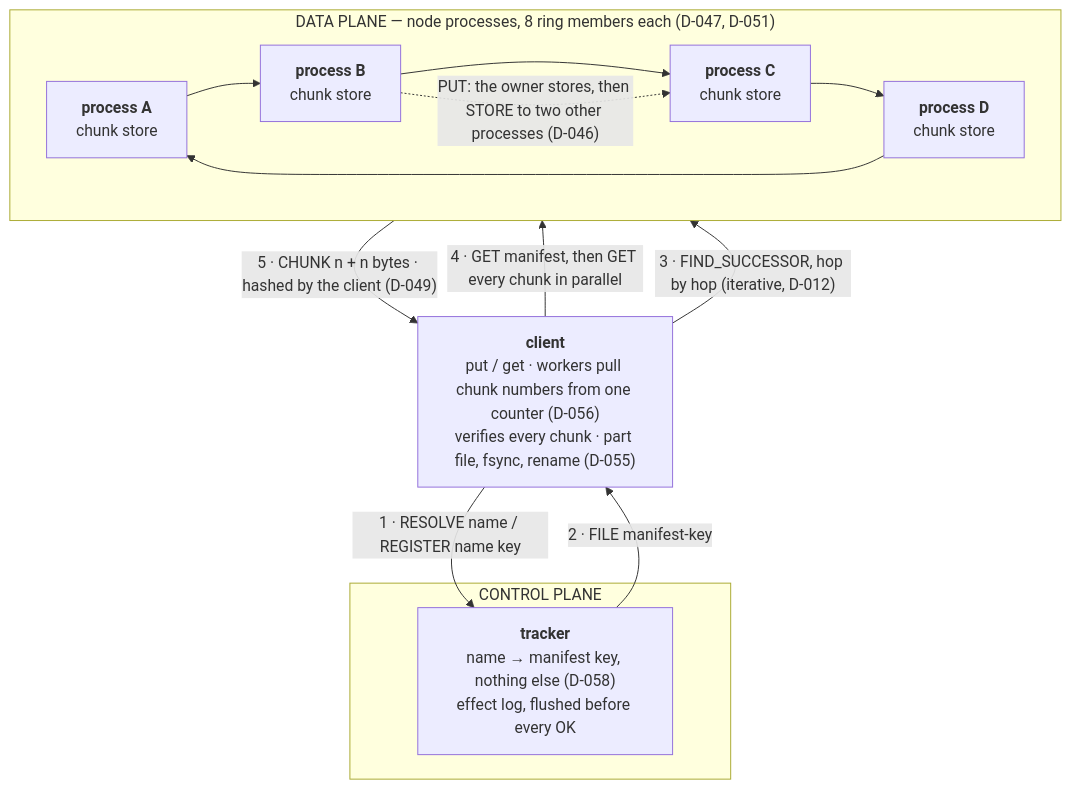
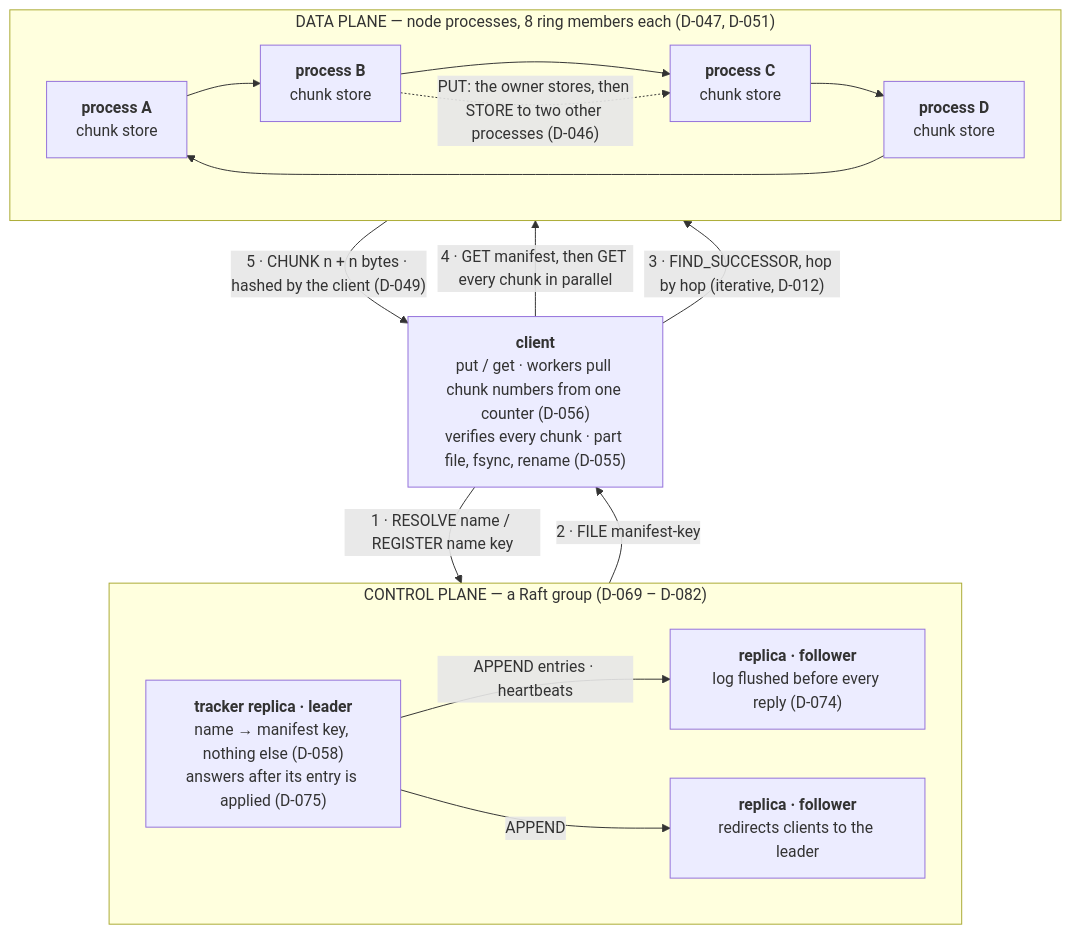
One commit to ChaitanyaShah21/chord-dht-filesystem changed the first of 2 diagrams in ARCHITECTURE.md. Above: the diagram before and after it, drawn with Mermaid. The commit also changed other lines of this file and 7 other files, not shown here.

Commit message:
describe the replicated tracker in the architecture, readme and guides; add its benchmark harness

````diff
--- a/ARCHITECTURE.md
+++ b/ARCHITECTURE.md
@@ -61,20 +63,25 @@
 ```mermaid
 flowchart TB
     C["<b>client</b><br/>put / get · workers pull chunk numbers from one counter (D-056)<br/>verifies every chunk · part file, fsync, rename (D-055)"]
 
-    subgraph control["CONTROL PLANE"]
-        T["<b>tracker</b><br/>name → manifest key, nothing else (D-058)<br/>effect log, flushed before every OK"]
+    subgraph control["CONTROL PLANE — a Raft group (D-069 – D-082)"]
+        direction LR
+        T["<b>tracker replica · leader</b><br/>name → manifest key, nothing else (D-058)<br/>answers after its entry is applied (D-075)"]
+        T2["<b>replica · follower</b><br/>log flushed before every reply (D-074)"]
+        T3["<b>replica · follower</b><br/>redirects clients to the leader"]
+        T -- "APPEND entries · heartbeats" --> T2
+        T -- "APPEND" --> T3
     end
 
     subgraph ring["DATA PLANE — node processes, 8 ring members each (D-047, D-051)"]
         direction LR
         P1["<b>process A</b><br/>chunk store"] --> P2["<b>process B</b><br/>chunk store"] --> P3["<b>process C</b><br/>chunk store"] --> P4["<b>process D</b><br/>chunk store"] --> P1
     end
 
     C -- "1 · RESOLVE name / REGISTER name key" --> T
     T -- "2 · FILE manifest-key" --> C
     C -- "3 · FIND_SUCCESSOR, hop by hop (iterative, D-012)" --> ring
     C -- "4 · GET manifest, then GET every chunk in parallel" --> P2
     P2 -- "5 · CHUNK n + n bytes · hashed by the client (D-049)" --> C
     P2 -. "PUT: the owner stores, then STORE to two other processes (D-046)" .-> P3
 ```
````
